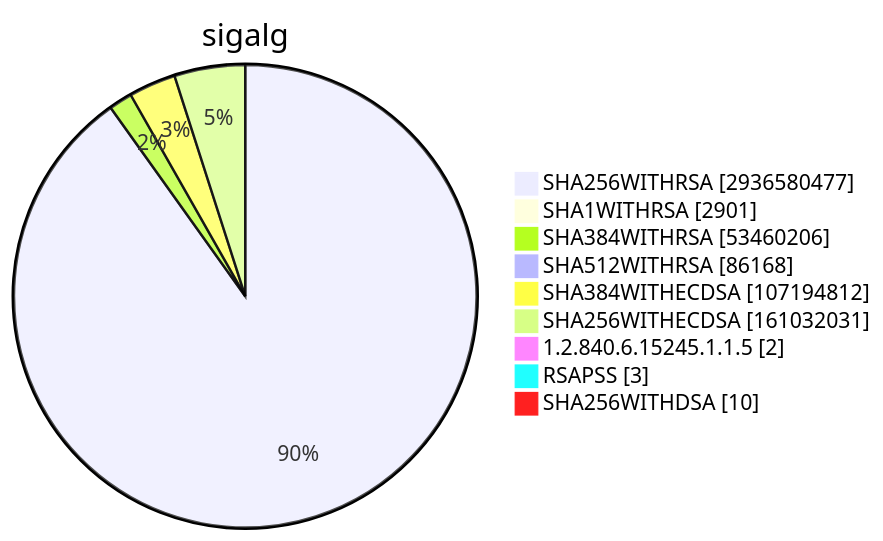
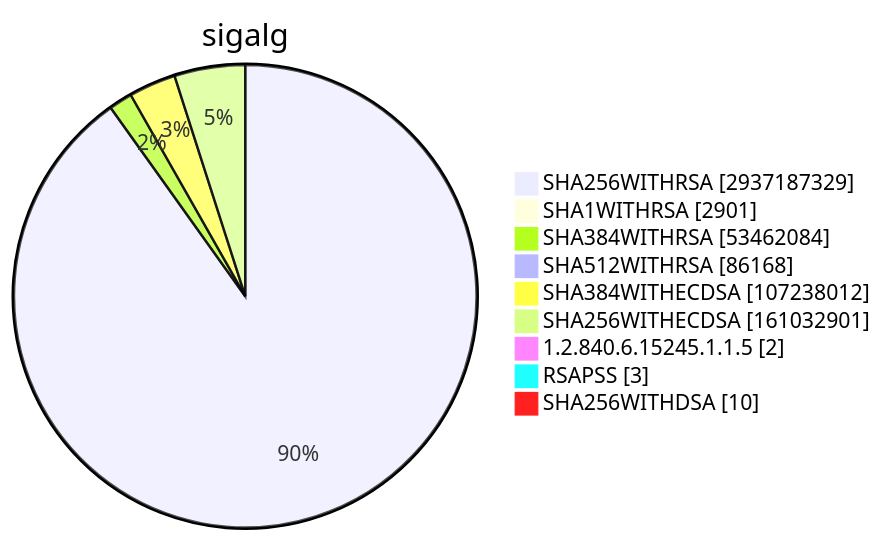
One commit to christiankrug/ctmonitor_visualization changed diagram 15 of 15 in TOTAL/README.md. Above: the diagram before and after it, drawn with Mermaid. The commit also changed other lines of this file, not shown here.

````diff
--- a/TOTAL/README.md
+++ b/TOTAL/README.md
@@ -6207,13 +6207,13 @@
 ```mermaid
 pie showData
 title sigalg
-"SHA256WITHRSA" :2936580477
+"SHA256WITHRSA" :2937187329
 "SHA1WITHRSA" :2901
-"SHA384WITHRSA" :53460206
+"SHA384WITHRSA" :53462084
 "SHA512WITHRSA" :86168
-"SHA384WITHECDSA" :107194812
-"SHA256WITHECDSA" :161032031
+"SHA384WITHECDSA" :107238012
+"SHA256WITHECDSA" :161032901
 "1.2.840.6.15245.1.1.5" :2
 "RSAPSS" :3
 "SHA256WITHDSA" :10
 ```
````
